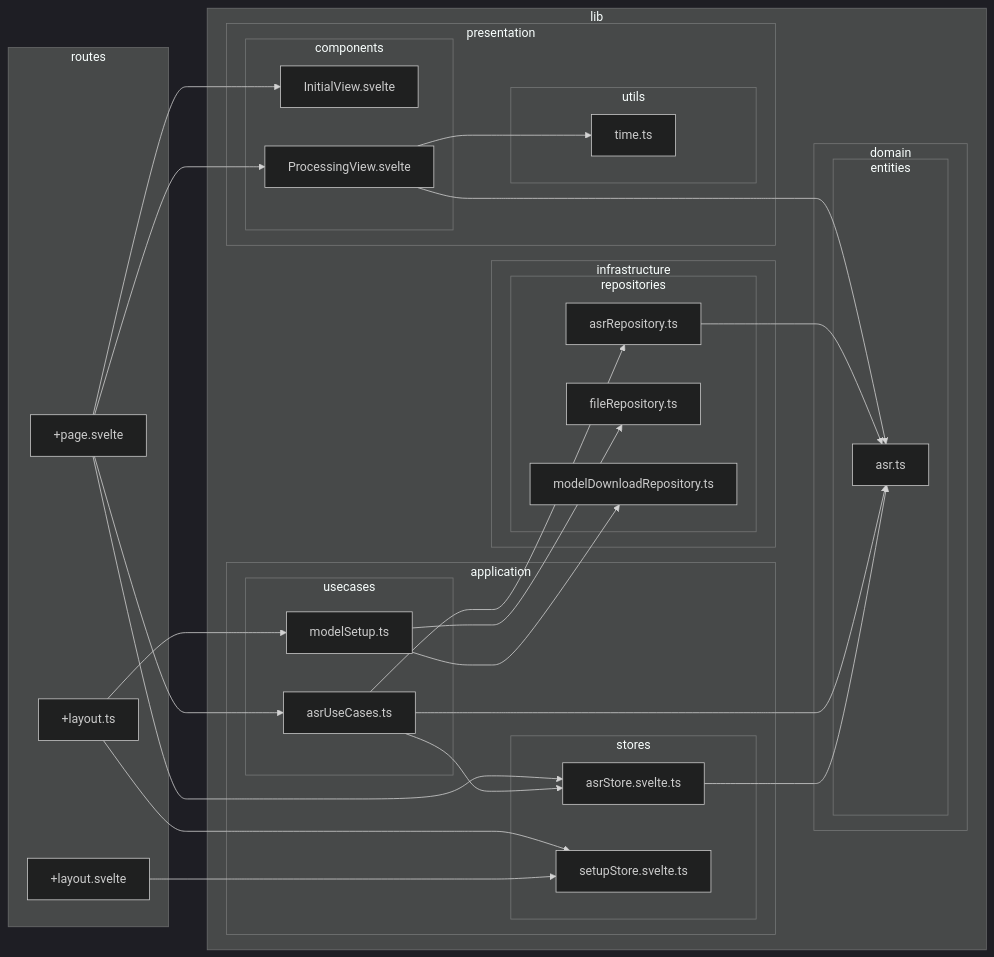
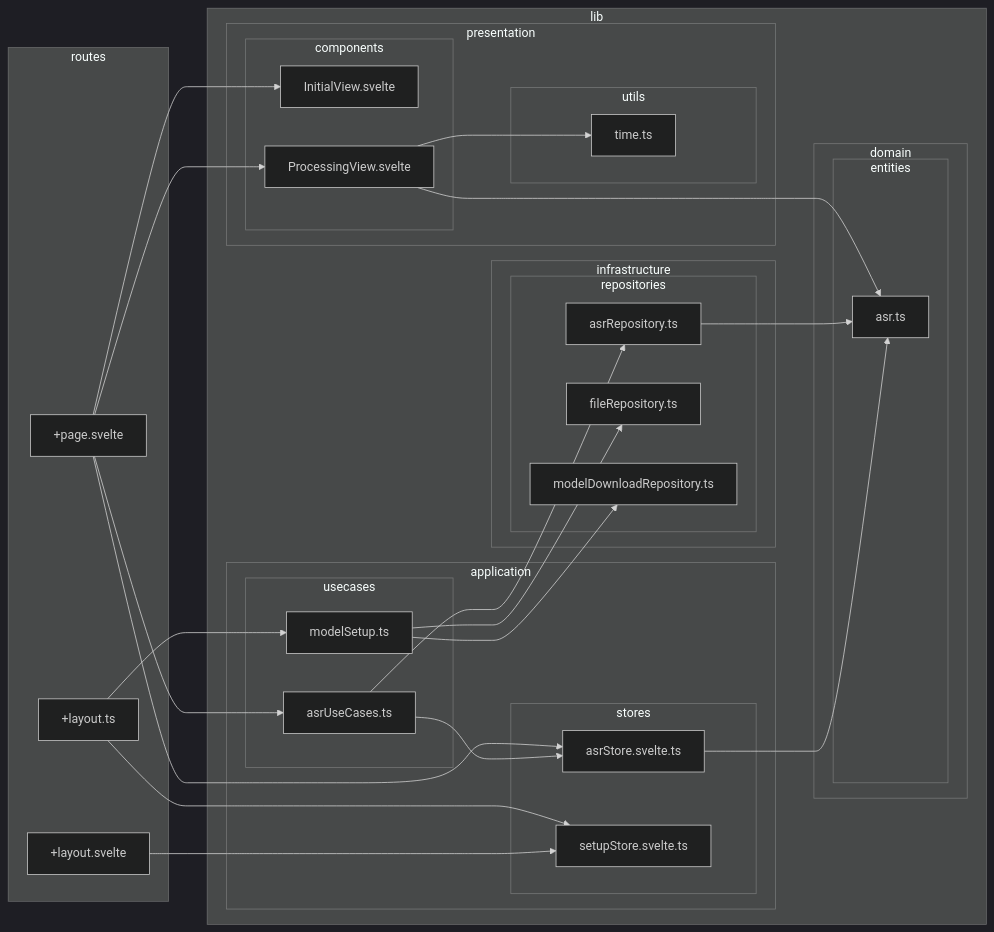
The diagram in doc/dependency-graph.md (k5n/kotonoha-asr), drawn with Mermaid (dark theme) before and after one commit. The commit also changed 7 other files, not shown here.

````diff
--- a/doc/dependency-graph.md
+++ b/doc/dependency-graph.md
@@ -5,57 +5,56 @@
 ```mermaid
 graph LR
         subgraph "lib"
             subgraph "application"
                 subgraph "stores"
                     src_lib_application_stores_asrStore_svelte_ts["asrStore.svelte.ts"]
                     src_lib_application_stores_setupStore_svelte_ts["setupStore.svelte.ts"]
                 end
                 subgraph "usecases"
                     src_lib_application_usecases_asrUseCases_ts["asrUseCases.ts"]
                     src_lib_application_usecases_modelSetup_ts["modelSetup.ts"]
                 end
             end
             subgraph "domain"
                 subgraph "entities"
                     src_lib_domain_entities_asr_ts["asr.ts"]
                 end
             end
             subgraph "infrastructure"
                 subgraph "repositories"
                     src_lib_infrastructure_repositories_asrRepository_ts["asrRepository.ts"]
                     src_lib_infrastructure_repositories_fileRepository_ts["fileRepository.ts"]
                     src_lib_infrastructure_repositories_modelDownloadRepository_ts["modelDownloadRepository.ts"]
                 end
             end
             subgraph "presentation"
                 subgraph "components"
                     src_lib_presentation_components_InitialView_svelte["InitialView.svelte"]
                     src_lib_presentation_components_ProcessingView_svelte["ProcessingView.svelte"]
                 end
                 subgraph "utils"
                     src_lib_presentation_utils_time_ts["time.ts"]
                 end
             end
         end
         subgraph "routes"
             src_routes__layout_svelte["+layout.svelte"]
             src_routes__layout_ts["+layout.ts"]
             src_routes__page_svelte["+page.svelte"]
         end
 src_lib_application_stores_asrStore_svelte_ts --> src_lib_domain_entities_asr_ts
 src_lib_application_usecases_asrUseCases_ts --> src_lib_application_stores_asrStore_svelte_ts
-src_lib_application_usecases_asrUseCases_ts --> src_lib_domain_entities_asr_ts
 src_lib_application_usecases_asrUseCases_ts --> src_lib_infrastructure_repositories_asrRepository_ts
 src_lib_application_usecases_modelSetup_ts --> src_lib_infrastructure_repositories_fileRepository_ts
 src_lib_application_usecases_modelSetup_ts --> src_lib_infrastructure_repositories_modelDownloadRepository_ts
 src_lib_infrastructure_repositories_asrRepository_ts --> src_lib_domain_entities_asr_ts
 src_lib_presentation_components_ProcessingView_svelte --> src_lib_domain_entities_asr_ts
 src_lib_presentation_components_ProcessingView_svelte --> src_lib_presentation_utils_time_ts
 src_routes__layout_svelte --> src_lib_application_stores_setupStore_svelte_ts
 src_routes__layout_ts --> src_lib_application_stores_setupStore_svelte_ts
 src_routes__layout_ts --> src_lib_application_usecases_modelSetup_ts
 src_routes__page_svelte --> src_lib_application_stores_asrStore_svelte_ts
 src_routes__page_svelte --> src_lib_application_usecases_asrUseCases_ts
 src_routes__page_svelte --> src_lib_presentation_components_InitialView_svelte
 src_routes__page_svelte --> src_lib_presentation_components_ProcessingView_svelte
 ```
````
